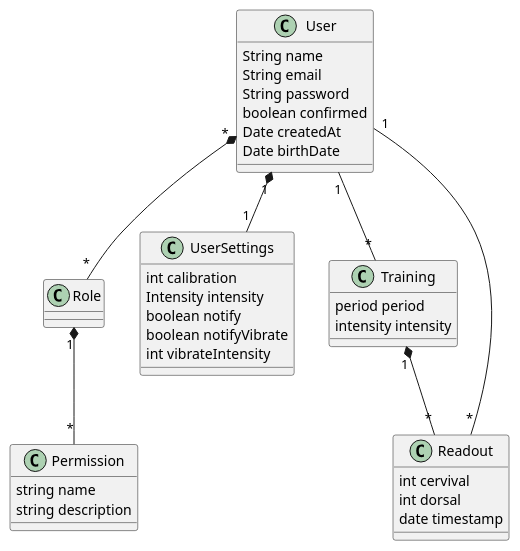
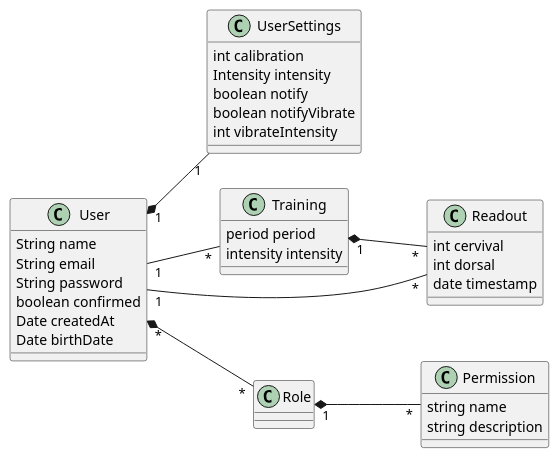
The diagram in domain-model/user.plantuml (TCC-Vertebral-Column-Monitor/doc), drawn with PlantUML before and after one commit.

Commit message:
change domain model direction

```diff
--- a/domain-model/user.plantuml
+++ b/domain-model/user.plantuml
@@ -1,45 +1,44 @@
 @startuml
+left to right direction 
 
+User "1" *-- "1" UserSettings
+User "1" -- "*"  Training 
+User "1" -- "*" Readout
+Training "1" *-- "*" Readout
+Role "1" *-- "*" Permission 
+User "*" *-- "*" Role 
 class User{
     String name
     String email
     String password
     boolean confirmed
     Date createdAt
     Date birthDate 
   }
 
 class Role {
     
   }
 
 class Permission{
     string name 
     string description 
   }
 
 class UserSettings{
     int calibration 
     Intensity intensity
     boolean notify
     boolean notifyVibrate
     int vibrateIntensity
   }
 class Training{
     period period 
     intensity intensity
   }
 class Readout{
     int cervival
     int dorsal
     date timestamp
   }
-
-User "1" *-- "1" UserSettings
-User "1" -- "*"  Training 
-User "1" -- "*" Readout
-Training "1" *-- "*" Readout
-Role "1" *-- "*" Permission 
-User "*" *-- "*" Role 
-
 @enduml
```
